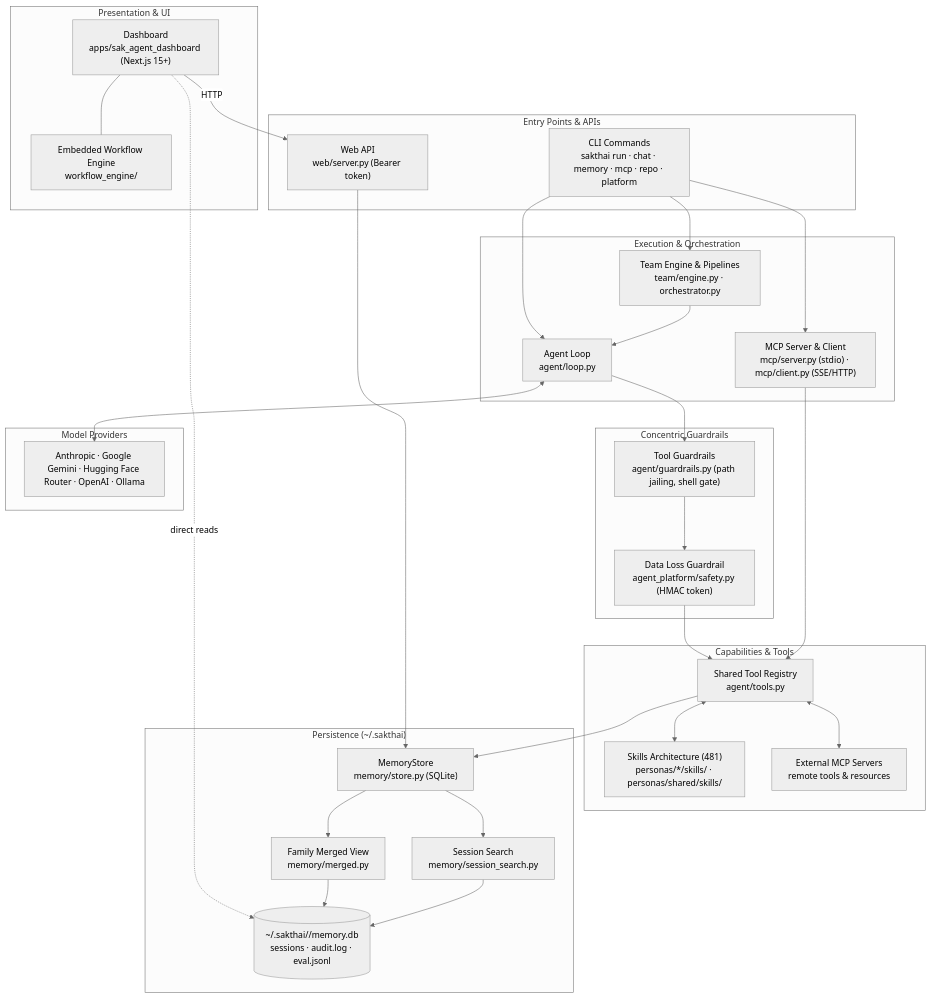
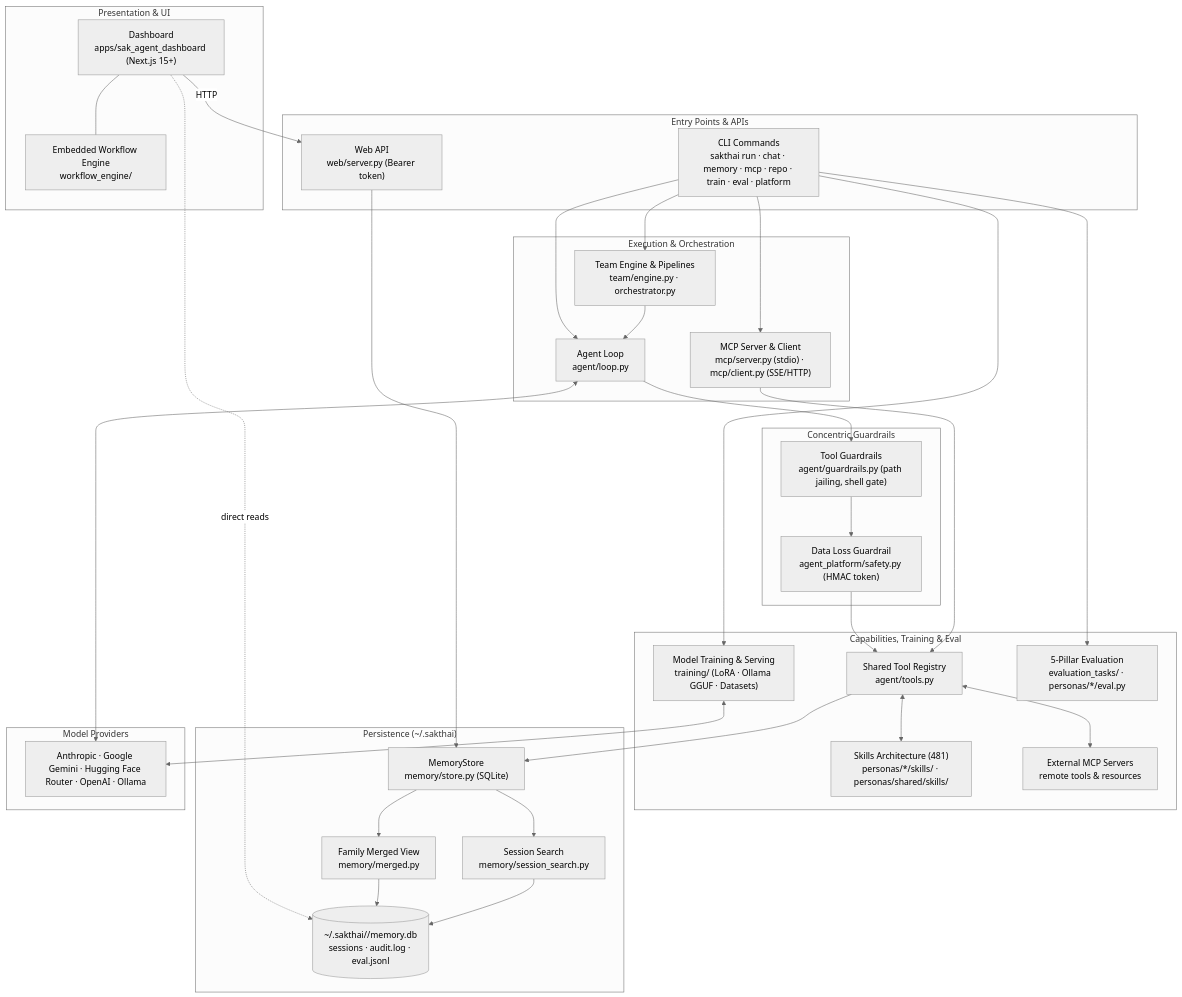
The diagram in README.md (beer-sakthai/Sak-Family-Agent), drawn with Mermaid (neutral theme) before and after one commit. The commit also changed other lines of this file and 1 other file, not shown here.

Commit message:
docs(readme): enhance status bar, system capabilities, and repository layout

````diff
--- a/README.md
+++ b/README.md
@@ -127,57 +136,62 @@
 ```mermaid
 flowchart TD
     subgraph Presentation ["Presentation & UI"]
         DASH["Dashboard<br/>apps/sak_agent_dashboard (Next.js 15+)"]
         ENG["Embedded Workflow Engine<br/>workflow_engine/"]
         DASH --- ENG
     end
 
     subgraph Entrypoints ["Entry Points & APIs"]
         WEB["Web API<br/>web/server.py (Bearer token)"]
-        CLI["CLI Commands<br/>sakthai run · chat · memory · mcp · repo · platform"]
+        CLI["CLI Commands<br/>sakthai run · chat · memory · mcp · repo · train · eval · platform"]
     end
 
     subgraph Execution ["Execution & Orchestration"]
         LOOP["Agent Loop<br/>agent/loop.py"]
         TEAM["Team Engine & Pipelines<br/>team/engine.py · orchestrator.py"]
         MCP["MCP Server & Client<br/>mcp/server.py (stdio) · mcp/client.py (SSE/HTTP)"]
     end
 
     subgraph Safety ["Concentric Guardrails"]
         GUARD["Tool Guardrails<br/>agent/guardrails.py (path jailing, shell gate)"]
         SAFE["Data Loss Guardrail<br/>agent_platform/safety.py (HMAC token)"]
     end
 
-    subgraph Capabilities ["Capabilities & Tools"]
+    subgraph Capabilities ["Capabilities, Training & Eval"]
         TOOLS["Shared Tool Registry<br/>agent/tools.py"]
         SKILLS["Skills Architecture (481)<br/>personas/*/skills/ · personas/shared/skills/"]
+        TRAIN["Model Training & Serving<br/>training/ (LoRA · Ollama GGUF · Datasets)"]
+        EVAL["5-Pillar Evaluation<br/>evaluation_tasks/ · personas/*/eval.py"]
         EXT["External MCP Servers<br/>remote tools & resources"]
     end
 
     subgraph Storage ["Persistence (~/.sakthai)"]
         STORE["MemoryStore<br/>memory/store.py (SQLite)"]
         SEARCH["Session Search<br/>memory/session_search.py"]
         FAMILY["Family Merged View<br/>memory/merged.py"]
         HOME[("~/.sakthai/<persona>/memory.db<br/>sessions · audit.log · eval.jsonl")]
     end
 
     subgraph Providers ["Model Providers"]
         PROV["Anthropic · Google Gemini · Hugging Face Router · OpenAI · Ollama"]
     end
 
     DASH -- HTTP --> WEB
     DASH -. direct reads .-> HOME
     WEB --> STORE
     CLI --> LOOP
     CLI --> TEAM
     CLI --> MCP
+    CLI --> TRAIN
+    CLI --> EVAL
     LOOP <--> PROV
     LOOP --> GUARD --> SAFE --> TOOLS
     TEAM --> LOOP
     MCP --> TOOLS
+    TRAIN <--> PROV
     TOOLS <--> EXT
     TOOLS <--> SKILLS
     TOOLS --> STORE
     STORE --> FAMILY --> HOME
     STORE --> SEARCH --> HOME
 ```
````
